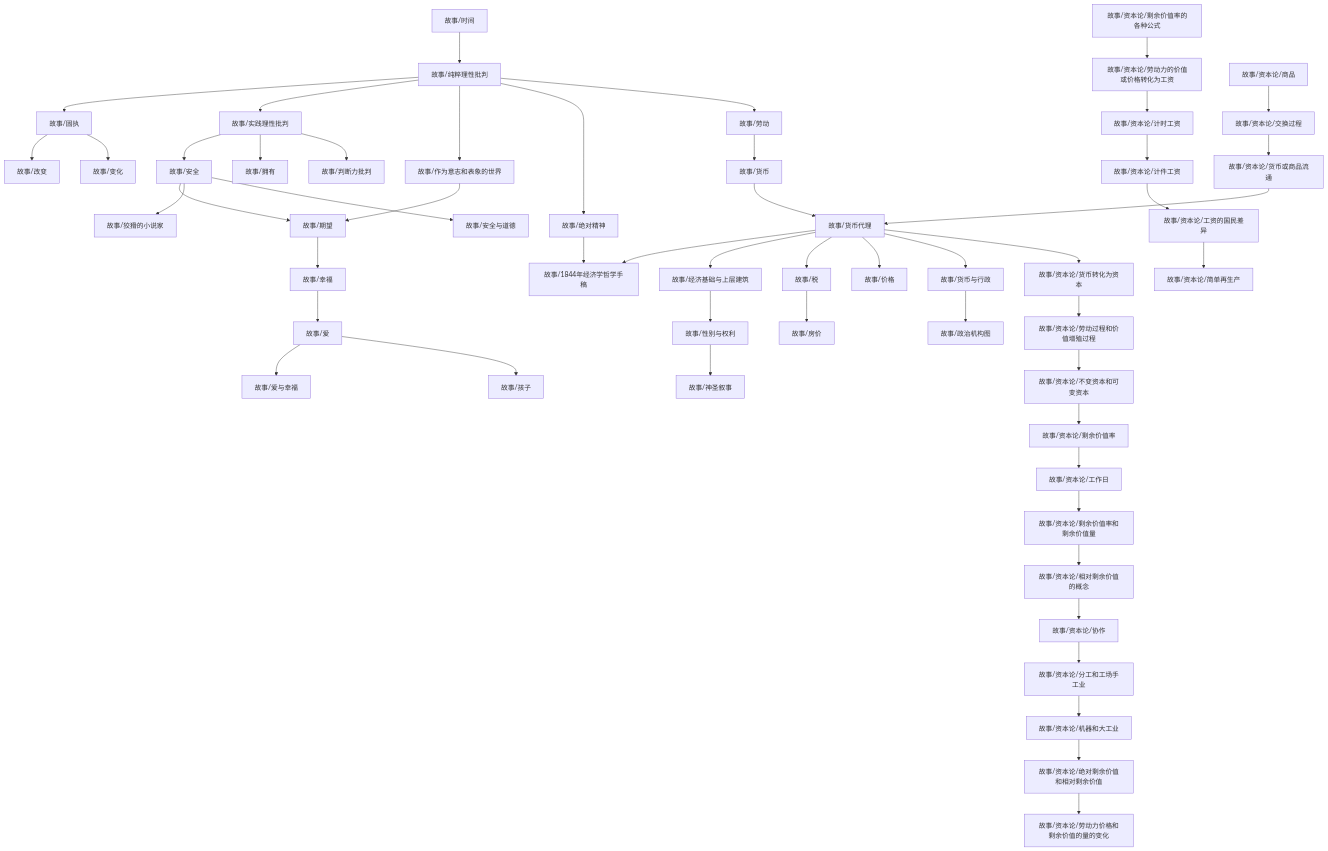
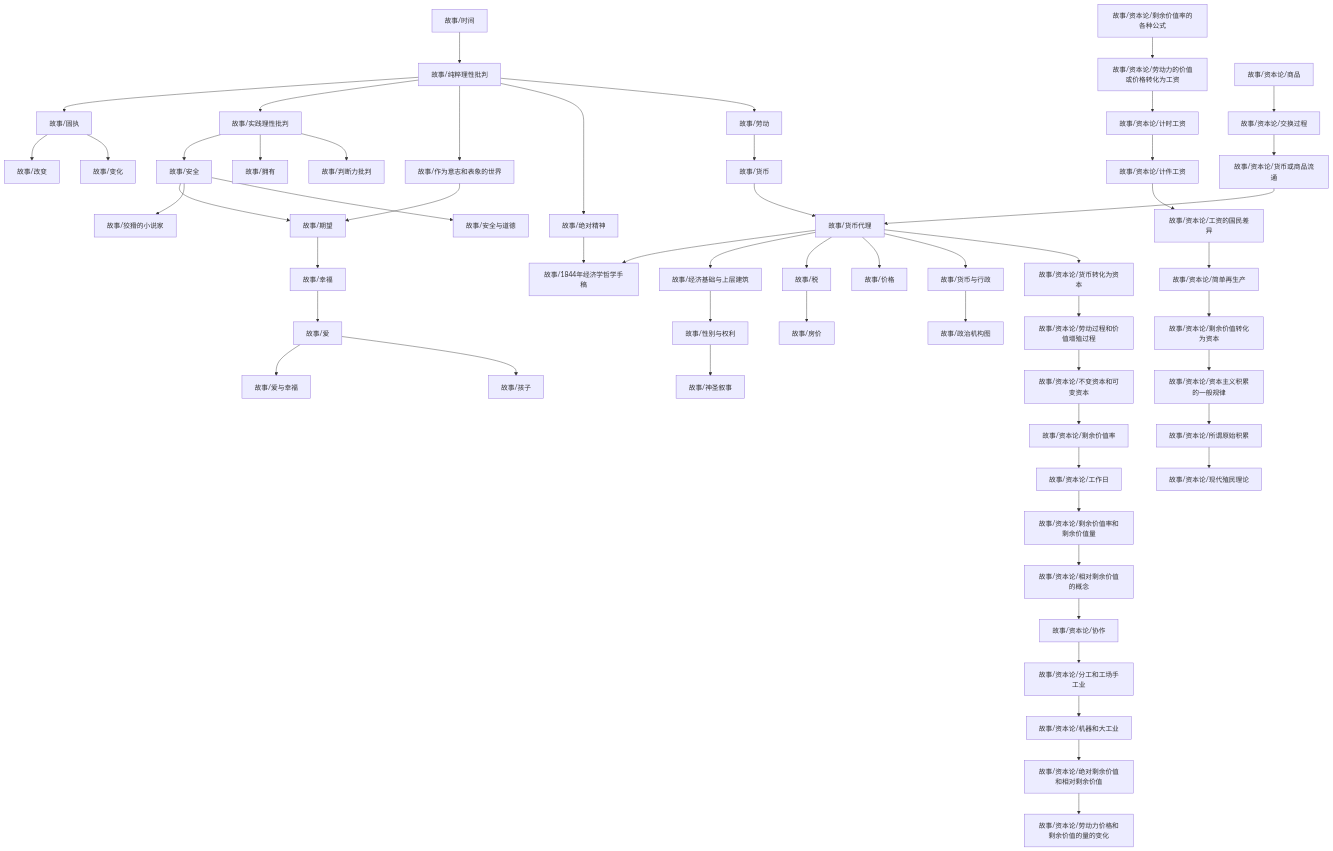
The diagram in content/故事/dependency_graph.md (zengls3186428803/zengls3186428803.github.io), drawn with Mermaid before and after one commit. The commit also changed 6 other files, not shown here.

````diff
--- a/content/故事/dependency_graph.md
+++ b/content/故事/dependency_graph.md
@@ -1,54 +1,58 @@
 ```mermaid
 graph TD
 1["故事/纯粹理性批判"] --> 0["故事/固执"]
 3["故事/经济基础与上层建筑"] --> 2["故事/性别与权利"]
 0["故事/固执"] --> 4["故事/改变"]
 6["故事/货币代理"] --> 5["故事/1844年经济学哲学手稿"]
 7["故事/绝对精神"] --> 5["故事/1844年经济学哲学手稿"]
 9["故事/作为意志和表象的世界"] --> 8["故事/期望"]
 10["故事/安全"] --> 8["故事/期望"]
 10["故事/安全"] --> 11["故事/狡猾的小说家"]
 1["故事/纯粹理性批判"] --> 12["故事/实践理性批判"]
 13["故事/时间"] --> 1["故事/纯粹理性批判"]
 12["故事/实践理性批判"] --> 10["故事/安全"]
 6["故事/货币代理"] --> 3["故事/经济基础与上层建筑"]
 12["故事/实践理性批判"] --> 14["故事/拥有"]
 6["故事/货币代理"] --> 15["故事/税"]
 15["故事/税"] --> 16["故事/房价"]
 18["故事/货币与行政"] --> 17["故事/政治机构图"]
 0["故事/固执"] --> 19["故事/变化"]
 21["故事/幸福"] --> 20["故事/爱"]
 6["故事/货币代理"] --> 22["故事/价格"]
 23["故事/货币"] --> 6["故事/货币代理"]
 24["故事/资本论/货币或商品流通"] --> 6["故事/货币代理"]
 1["故事/纯粹理性批判"] --> 9["故事/作为意志和表象的世界"]
 1["故事/纯粹理性批判"] --> 7["故事/绝对精神"]
 6["故事/货币代理"] --> 18["故事/货币与行政"]
 10["故事/安全"] --> 26["故事/安全与道德"]
 2["故事/性别与权利"] --> 27["故事/神圣叙事"]
 20["故事/爱"] --> 28["故事/爱与幸福"]
 29["故事/劳动"] --> 23["故事/货币"]
 20["故事/爱"] --> 30["故事/孩子"]
 1["故事/纯粹理性批判"] --> 29["故事/劳动"]
 12["故事/实践理性批判"] --> 31["故事/判断力批判"]
 8["故事/期望"] --> 21["故事/幸福"]
 33["故事/资本论/不变资本和可变资本"] --> 32["故事/资本论/剩余价值率"]
-34["故事/资本论/交换过程"] --> 24["故事/资本论/货币或商品流通"]
-36["故事/资本论/劳动力的价值或价格转化为工资"] --> 35["故事/资本论/计时工资"]
-38["故事/资本论/机器和大工业"] --> 37["故事/资本论/绝对剩余价值和相对剩余价值"]
-40["故事/资本论/货币转化为资本"] --> 39["故事/资本论/劳动过程和价值增殖过程"]
-39["故事/资本论/劳动过程和价值增殖过程"] --> 33["故事/资本论/不变资本和可变资本"]
-42["故事/资本论/相对剩余价值的概念"] --> 41["故事/资本论/协作"]
-43["故事/资本论/分工和工场手工业"] --> 38["故事/资本论/机器和大工业"]
-6["故事/货币代理"] --> 40["故事/资本论/货币转化为资本"]
-44["故事/资本论/商品"] --> 34["故事/资本论/交换过程"]
-46["故事/资本论/工资的国民差异"] --> 45["故事/资本论/简单再生产"]
-35["故事/资本论/计时工资"] --> 47["故事/资本论/计件工资"]
-37["故事/资本论/绝对剩余价值和相对剩余价值"] --> 48["故事/资本论/劳动力价格和剩余价值的量的变化"]
-47["故事/资本论/计件工资"] --> 46["故事/资本论/工资的国民差异"]
-41["故事/资本论/协作"] --> 43["故事/资本论/分工和工场手工业"]
-49["故事/资本论/剩余价值率的各种公式"] --> 36["故事/资本论/劳动力的价值或价格转化为工资"]
-51["故事/资本论/工作日"] --> 50["故事/资本论/剩余价值率和剩余价值量"]
-50["故事/资本论/剩余价值率和剩余价值量"] --> 42["故事/资本论/相对剩余价值的概念"]
-32["故事/资本论/剩余价值率"] --> 51["故事/资本论/工作日"]
+35["故事/资本论/所谓原始积累"] --> 34["故事/资本论/现代殖民理论"]
+36["故事/资本论/交换过程"] --> 24["故事/资本论/货币或商品流通"]
+38["故事/资本论/剩余价值转化为资本"] --> 37["故事/资本论/资本主义积累的一般规律"]
+40["故事/资本论/劳动力的价值或价格转化为工资"] --> 39["故事/资本论/计时工资"]
+42["故事/资本论/机器和大工业"] --> 41["故事/资本论/绝对剩余价值和相对剩余价值"]
+44["故事/资本论/货币转化为资本"] --> 43["故事/资本论/劳动过程和价值增殖过程"]
+43["故事/资本论/劳动过程和价值增殖过程"] --> 33["故事/资本论/不变资本和可变资本"]
+46["故事/资本论/相对剩余价值的概念"] --> 45["故事/资本论/协作"]
+37["故事/资本论/资本主义积累的一般规律"] --> 35["故事/资本论/所谓原始积累"]
+47["故事/资本论/分工和工场手工业"] --> 42["故事/资本论/机器和大工业"]
+6["故事/货币代理"] --> 44["故事/资本论/货币转化为资本"]
+48["故事/资本论/商品"] --> 36["故事/资本论/交换过程"]
+50["故事/资本论/工资的国民差异"] --> 49["故事/资本论/简单再生产"]
+39["故事/资本论/计时工资"] --> 51["故事/资本论/计件工资"]
+41["故事/资本论/绝对剩余价值和相对剩余价值"] --> 52["故事/资本论/劳动力价格和剩余价值的量的变化"]
+49["故事/资本论/简单再生产"] --> 38["故事/资本论/剩余价值转化为资本"]
+51["故事/资本论/计件工资"] --> 50["故事/资本论/工资的国民差异"]
+45["故事/资本论/协作"] --> 47["故事/资本论/分工和工场手工业"]
+53["故事/资本论/剩余价值率的各种公式"] --> 40["故事/资本论/劳动力的价值或价格转化为工资"]
+55["故事/资本论/工作日"] --> 54["故事/资本论/剩余价值率和剩余价值量"]
+54["故事/资本论/剩余价值率和剩余价值量"] --> 46["故事/资本论/相对剩余价值的概念"]
+32["故事/资本论/剩余价值率"] --> 55["故事/资本论/工作日"]
 ```
````
